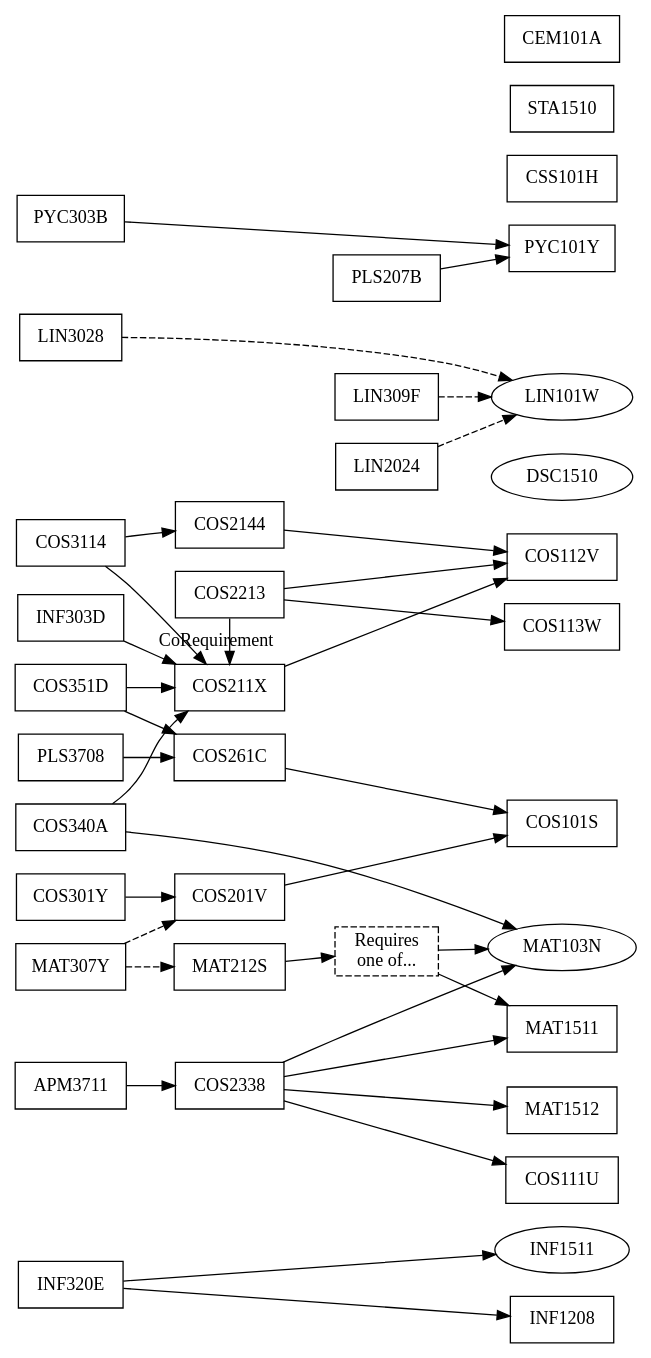
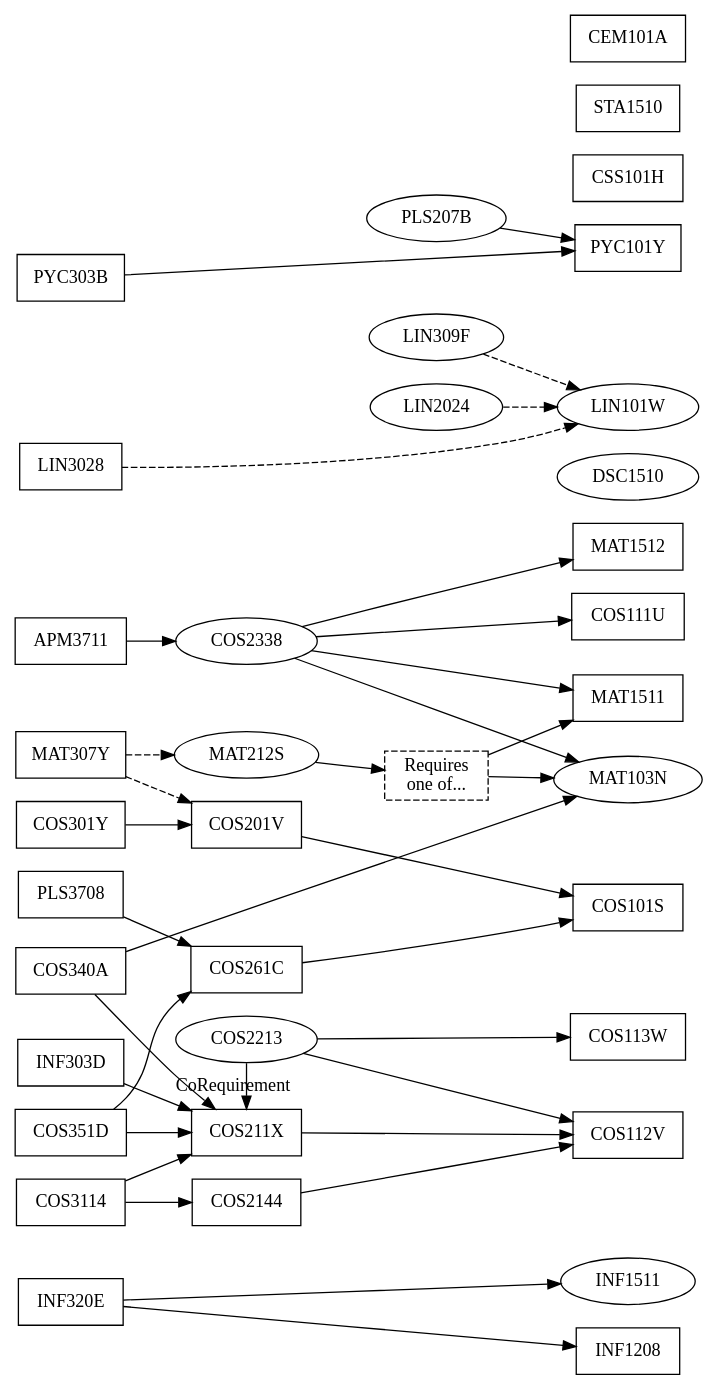
The diagram in ComputationalIntelligence.dot (apauley/unisa-module-graph), drawn with Graphviz before and after one commit.

Commit message:
Second-level optional modules are ellipsed

```diff
--- a/ComputationalIntelligence.dot
+++ b/ComputationalIntelligence.dot
@@ -1,52 +1,59 @@
 digraph ComputationalIntelligence {
     node [shape=box];
     rankdir=LR;
 
     // Optional modules are ellipse-shaped
     INF1511 [shape=ellipse];
     MAT103N [shape=ellipse];
     DSC1510 [shape=ellipse];
     LIN101W [shape=ellipse];
+
+    COS2213 [shape=ellipse];
+    COS2338 [shape=ellipse];
+    MAT212S [shape=ellipse];
+    LIN309F [shape=ellipse];
+    LIN2024 [shape=ellipse];
+    PLS207B [shape=ellipse];
 
     {rank=same; COS301Y INF320E COS351D PLS3708}
     {rank=same; COS3114 APM3711 MAT307Y COS340A}
     {rank=same; INF303D LIN3028 PYC303B}
 
     {rank=same; COS201V COS211X COS261C COS2144}
     {rank=same; COS2213 COS2338 MAT212S}
     {rank=same; LIN309F LIN2024 PLS207B}
 
     {rank=same; COS101S COS112V COS113W INF1208 MAT1512 MAT1511 MAT103N PYC101Y COS111U LIN101W INF1511}
     {rank=same; DSC1510 CSS101H STA1510 CEM101A}
     {rank=max; DSC1510 COS101S}
 
     COS301Y -> {COS201V}
     INF320E -> {INF1208 INF1511}
     COS351D -> {COS211X COS261C}
     PLS3708 -> {COS261C}
     PYC303B -> {PYC101Y}
 
     COS3114 -> {COS211X COS2144}
     APM3711 -> {COS2338}
     MAT307Y -> {MAT212S COS201V} [style=dashed]
     INF303D -> {COS211X}
     LIN3028 -> {LIN101W} [style=dashed]
     COS340A -> {COS211X MAT103N}
 
 
     COS201V -> {COS101S}
     COS211X -> {COS112V}
     COS261C -> {COS101S}
     COS2144 -> {COS112V}
 
     {rank=same; COS2213 COS211X}
     COS2213 -> {COS112V COS113W}
     COS2213 -> {COS211X} [label=CoRequirement]
     COS2338 -> {COS111U MAT103N MAT1511 MAT1512}
     MAT103OR151 [label="Requires\none of...", style=dashed];
     MAT212S -> {MAT103OR151}
     MAT103OR151 -> {MAT103N MAT1511}
     LIN309F -> {LIN101W} [style=dashed]
     LIN2024 -> {LIN101W} [style=dashed]
     PLS207B -> {PYC101Y}
 }
```
